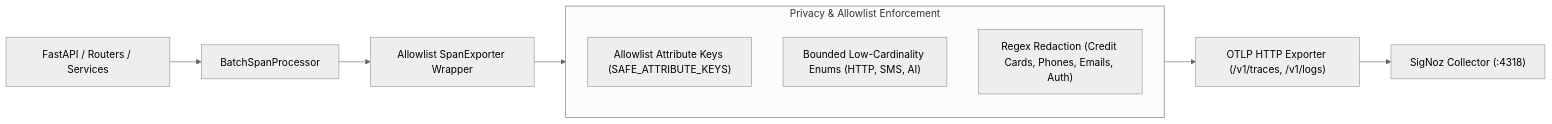
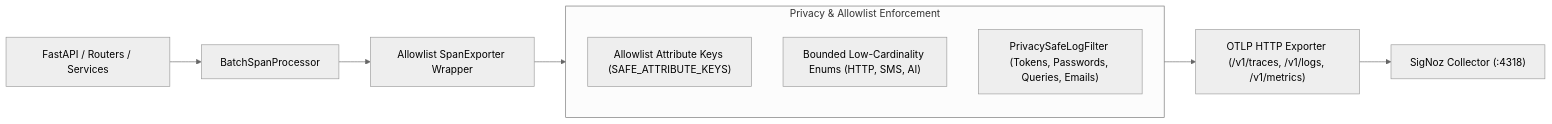
The third of 4 diagrams in docs/ARCHITECTURE.md (elle4a69/fastapi_bookings), drawn with Mermaid (neutral theme) before and after one commit. The commit also changed other lines of this file and 8 other files, not shown here.

Commit message:
docs(architecture): synchronize living documentation and remediation records

````diff
--- a/docs/ARCHITECTURE.md
+++ b/docs/ARCHITECTURE.md
@@ -198,15 +210,15 @@
 ```mermaid
 flowchart LR
     SpanSource["FastAPI / Routers / Services"] --> SpanProcessor["BatchSpanProcessor"]
     SpanProcessor --> ExporterWrapper["Allowlist SpanExporter Wrapper"]
     
     subgraph PrivacyFilter["Privacy & Allowlist Enforcement"]
         AllowlistKeys["Allowlist Attribute Keys (SAFE_ATTRIBUTE_KEYS)"]
         BoundedEnums["Bounded Low-Cardinality Enums (HTTP, SMS, AI)"]
-        RedactRegex["Regex Redaction (Credit Cards, Phones, Emails, Auth)"]
+        RedactRegex["PrivacySafeLogFilter (Tokens, Passwords, Queries, Emails)"]
     end
     
     ExporterWrapper --> PrivacyFilter
-    PrivacyFilter --> OTLPExporter["OTLP HTTP Exporter (/v1/traces, /v1/logs)"]
+    PrivacyFilter --> OTLPExporter["OTLP HTTP Exporter (/v1/traces, /v1/logs, /v1/metrics)"]
     OTLPExporter --> SigNozCollector["SigNoz Collector (:4318)"]
 ```
````
